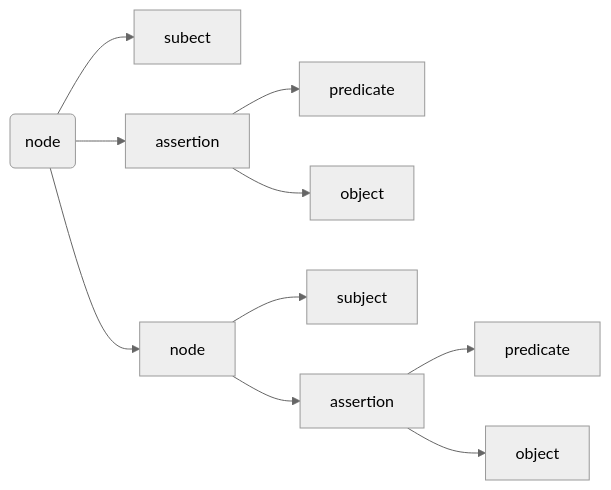
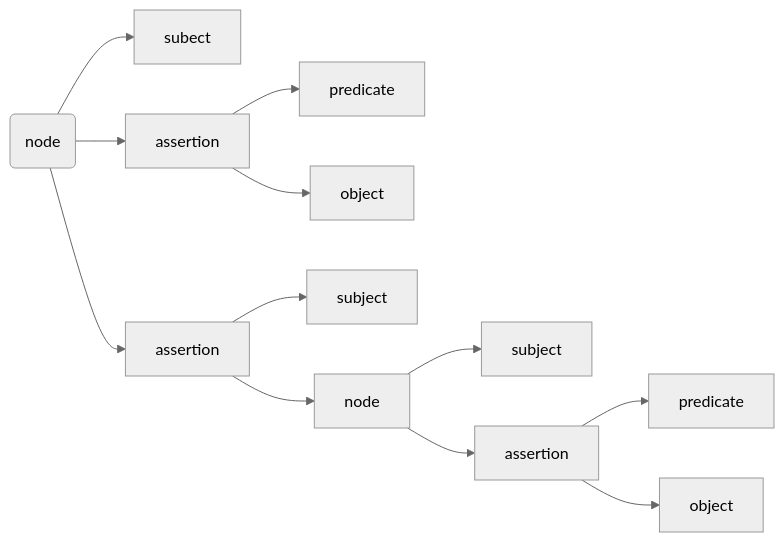
The second of 2 diagrams in docs/attachments.md (zingolabs/zmigrate), drawn with Mermaid (neutral theme) before and after one commit.

````diff
--- a/docs/attachments.md
+++ b/docs/attachments.md
@@ -54,22 +54,26 @@
 ```mermaid
 graph LR
     1("node")
     2["subect"]
     3["assertion"]
     4["predicate"]
     5["object"]
-    6["node"]
-    7["subject"]  
-    8["assertion"]
-    9["predicate"]
-    10["object"]
+    6["assertion"]
+    7["subject"]
+    8["node"]
+    9["subject"]
+    10["assertion"]
+    11["predicate"]
+    12["object"]
     1 --> 2
     1 --> 3
     3 --> 4
     3 --> 5
     1 --> 6
     6 --> 7
     6 --> 8
     8 --> 9
     8 --> 10
+    10 --> 11
+    10 --> 12
 ```
````
